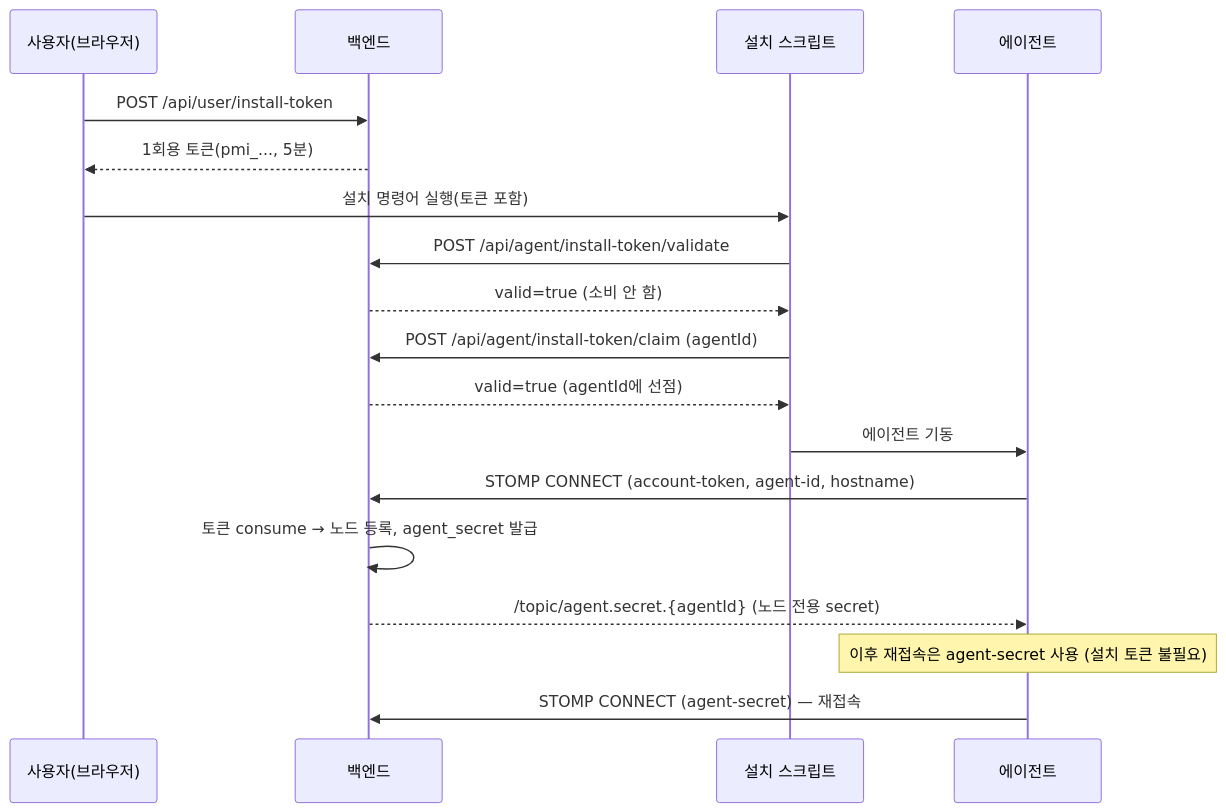
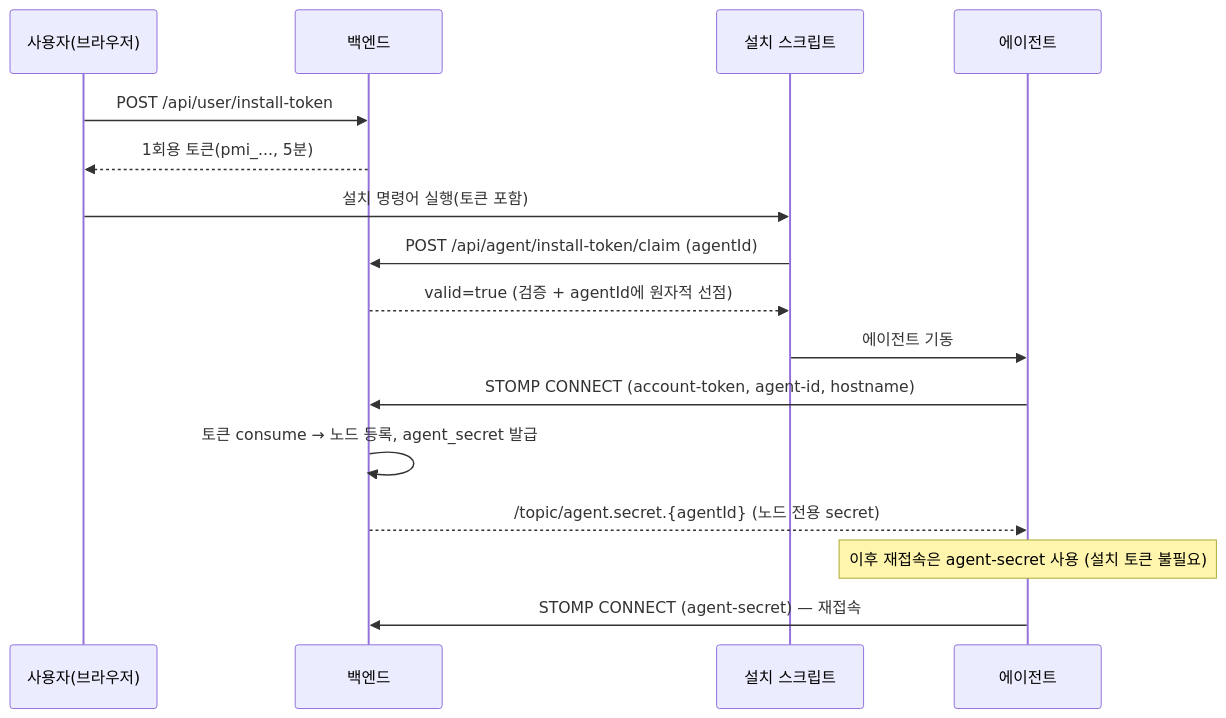
Before and after one commit to duwon1/processManager: the fourth of 6 diagrams in docs/ARCHITECTURE.md, drawn with Mermaid. The commit also changed 10 other files, not shown here.

````diff
--- a/docs/ARCHITECTURE.md
+++ b/docs/ARCHITECTURE.md
@@ -92,21 +92,19 @@
 ```mermaid
 sequenceDiagram
     participant U as 사용자(브라우저)
     participant S as 백엔드
     participant Sc as 설치 스크립트
     participant A as 에이전트
 
     U->>S: POST /api/user/install-token
     S-->>U: 1회용 토큰(pmi_..., 5분)
     U->>Sc: 설치 명령어 실행(토큰 포함)
-    Sc->>S: POST /api/agent/install-token/validate
-    S-->>Sc: valid=true (소비 안 함)
     Sc->>S: POST /api/agent/install-token/claim (agentId)
-    S-->>Sc: valid=true (agentId에 선점)
+    S-->>Sc: valid=true (검증 + agentId에 원자적 선점)
     Sc->>A: 에이전트 기동
     A->>S: STOMP CONNECT (account-token, agent-id, hostname)
     S->>S: 토큰 consume → 노드 등록, agent_secret 발급
     S-->>A: /topic/agent.secret.{agentId} (노드 전용 secret)
     Note over A: 이후 재접속은 agent-secret 사용 (설치 토큰 불필요)
     A->>S: STOMP CONNECT (agent-secret) — 재접속
 ```
````
